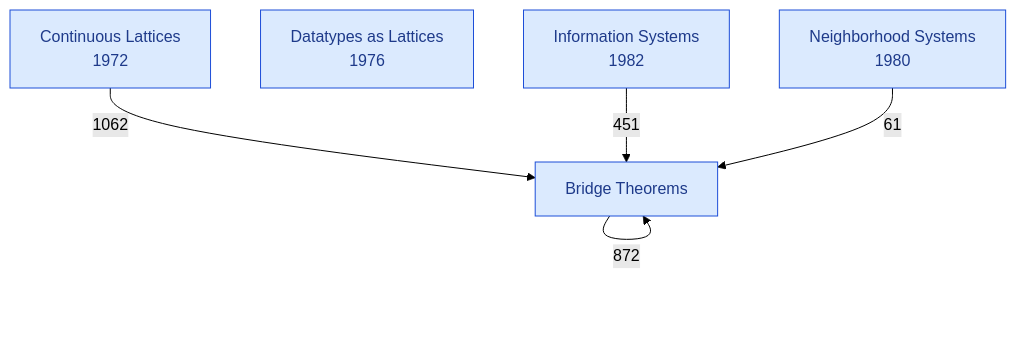
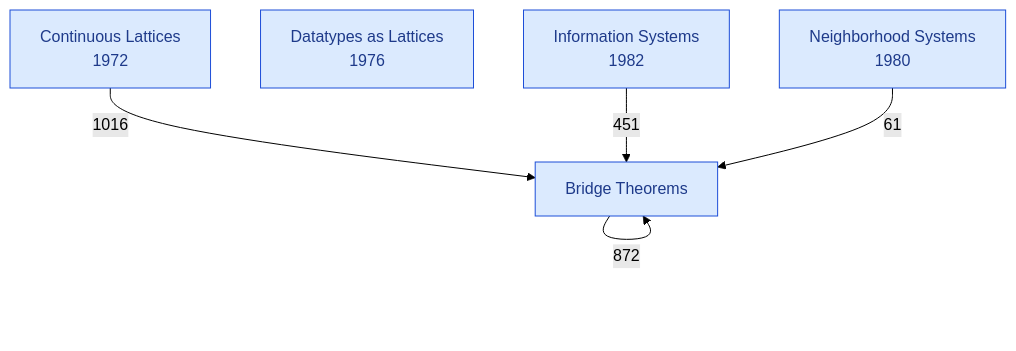
The diagram in DomainTheory.mermaid (catskillsresearch/DomainTheory), drawn with Mermaid (forest theme) before and after one commit. The commit also changed 54 other files, not shown here.

```diff
--- a/DomainTheory.mermaid
+++ b/DomainTheory.mermaid
@@ -1,18 +1,18 @@
 %% Each box is one chapter on the top page.
 %% The arrowhead is on the chapter that imports. The number is a direct-import count.
 %% Datatypes as lattices and the references have no Lean imports across these chapters.
 flowchart TB
 
   BR["Bridge Theorems"]
   CL["Continuous Lattices\n1972"]
   DT["Datatypes as Lattices\n1976"]
   IS["Information Systems\n1982"]
   NS["Neighborhood Systems\n1980"]
 
   BR -->|"872"| BR
-  CL -->|"1062"| BR
+  CL -->|"1016"| BR
   IS -->|"451"| BR
   NS -->|"61"| BR
 
   classDef chapter fill:#dbeafe,stroke:#1d4ed8,color:#1e3a8a
   class CL,DT,NS,IS,BR chapter
```
